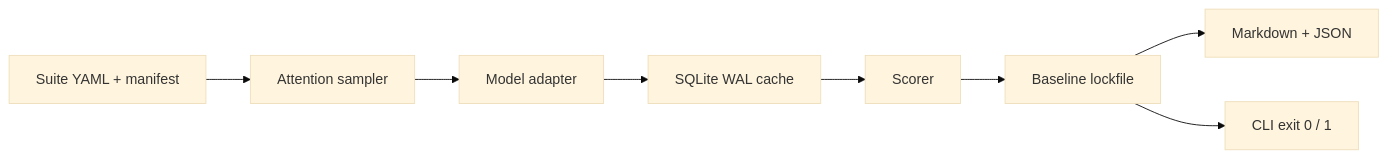
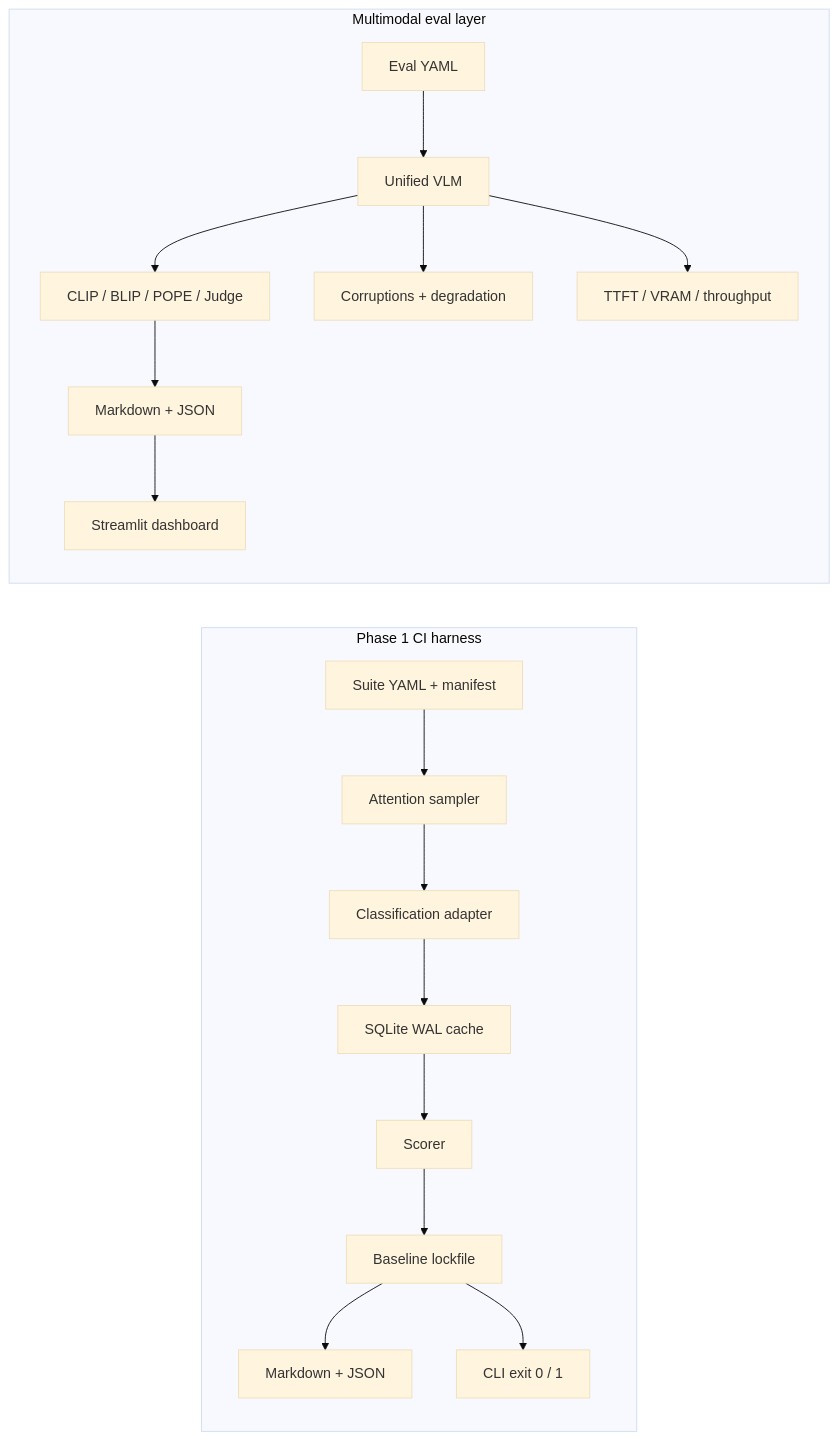
One commit to nishanttyagi28/VisionEval changed the diagram in README.md. Above: the diagram before and after it, drawn with Mermaid (base theme). The commit also changed other lines of this file, not shown here.

Commit message:
Document the four-pillar multimodal framework beside the CI harness.

````diff
--- a/README.md
+++ b/README.md
@@ -13,10 +16,20 @@
 ```mermaid
 flowchart LR
-  A[Suite YAML + manifest] --> B[Attention sampler]
-  B --> C[Model adapter]
-  C --> D[SQLite WAL cache]
-  D --> E[Scorer]
-  E --> F[Baseline lockfile]
-  F --> G[Markdown + JSON]
-  F --> H[CLI exit 0 / 1]
+  subgraph ci [Phase 1 CI harness]
+    A[Suite YAML + manifest] --> B[Attention sampler]
+    B --> C[Classification adapter]
+    C --> D[SQLite WAL cache]
+    D --> E[Scorer]
+    E --> F[Baseline lockfile]
+    F --> G[Markdown + JSON]
+    F --> H[CLI exit 0 / 1]
+  end
+  subgraph mm [Multimodal eval layer]
+    I[Eval YAML] --> J[Unified VLM]
+    J --> K[CLIP / BLIP / POPE / Judge]
+    J --> L[Corruptions + degradation]
+    J --> M[TTFT / VRAM / throughput]
+    K --> N[Markdown + JSON]
+    N --> O[Streamlit dashboard]
+  end
 ```
````
